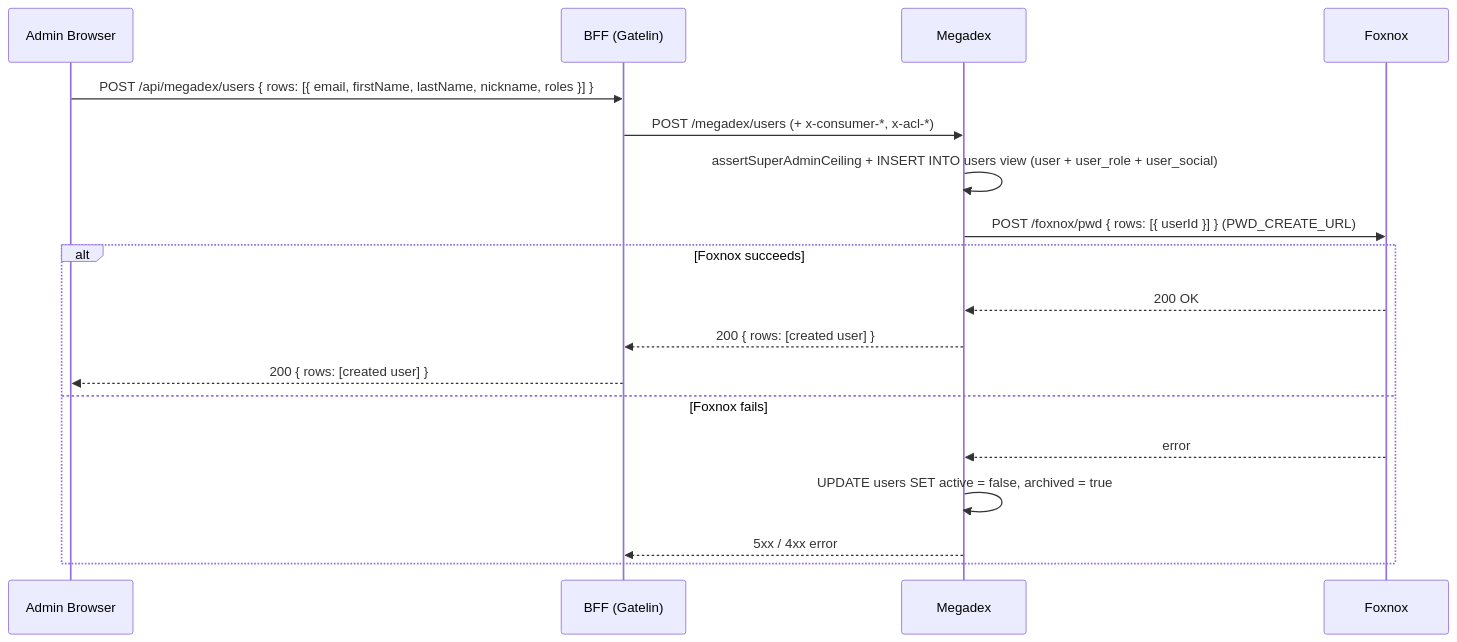
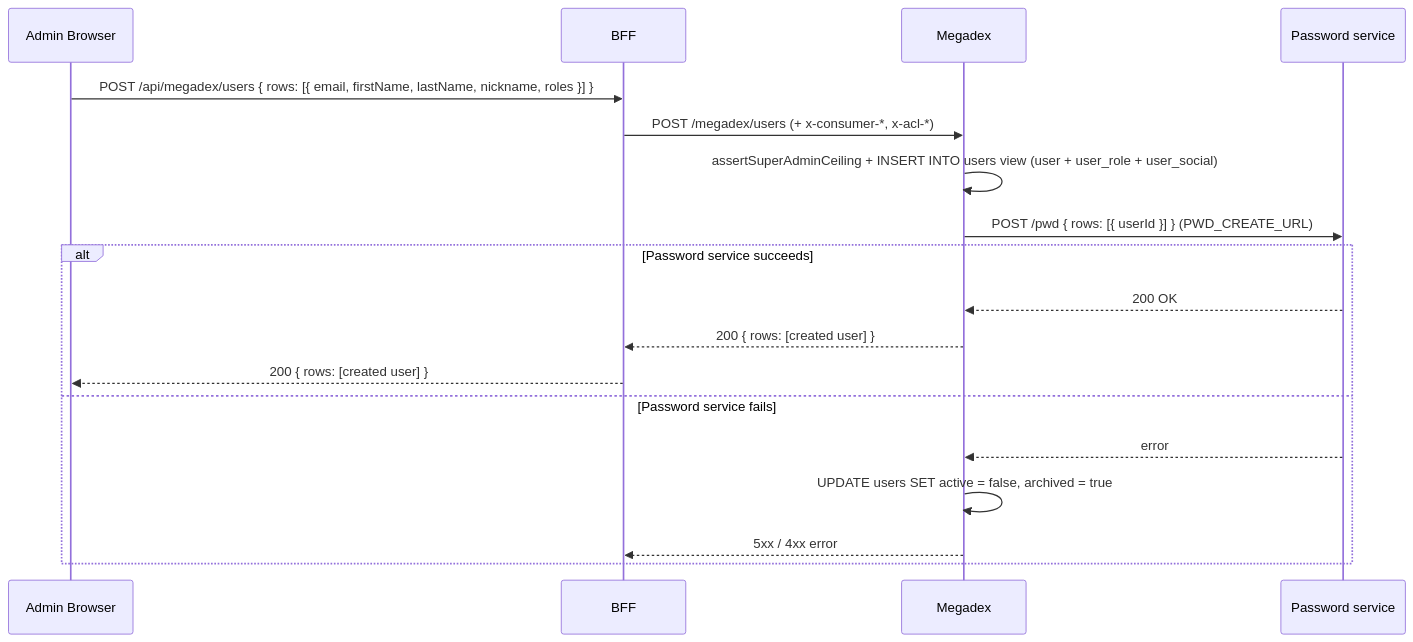
Before and after one commit to ALTEN-group/Megadex: the first of 3 diagrams in website/docs/guide/architecture.md, drawn with Mermaid. The commit also changed other lines of this file and 15 other files, not shown here.

````diff
--- a/website/docs/guide/architecture.md
+++ b/website/docs/guide/architecture.md
@@ -86,21 +84,21 @@
 ```mermaid
 sequenceDiagram
     participant A as Admin Browser
-    participant G as BFF (Gatelin)
+    participant G as BFF
     participant M as Megadex
-    participant F as Foxnox
+    participant F as Password service
 
     A->>G: POST /api/megadex/users { rows: [{ email, firstName, lastName, nickname, roles }] }
     G->>M: POST /megadex/users (+ x-consumer-*, x-acl-*)
     M->>M: assertSuperAdminCeiling + INSERT INTO users view (user + user_role + user_social)
-    M->>F: POST /foxnox/pwd { rows: [{ userId }] } (PWD_CREATE_URL)
-    alt Foxnox succeeds
+    M->>F: POST /pwd { rows: [{ userId }] } (PWD_CREATE_URL)
+    alt Password service succeeds
         F-->>M: 200 OK
         M-->>G: 200 { rows: [created user] }
         G-->>A: 200 { rows: [created user] }
-    else Foxnox fails
+    else Password service fails
         F-->>M: error
         M->>M: UPDATE users SET active = false, archived = true
         M-->>G: 5xx / 4xx error
     end
 ```
````
